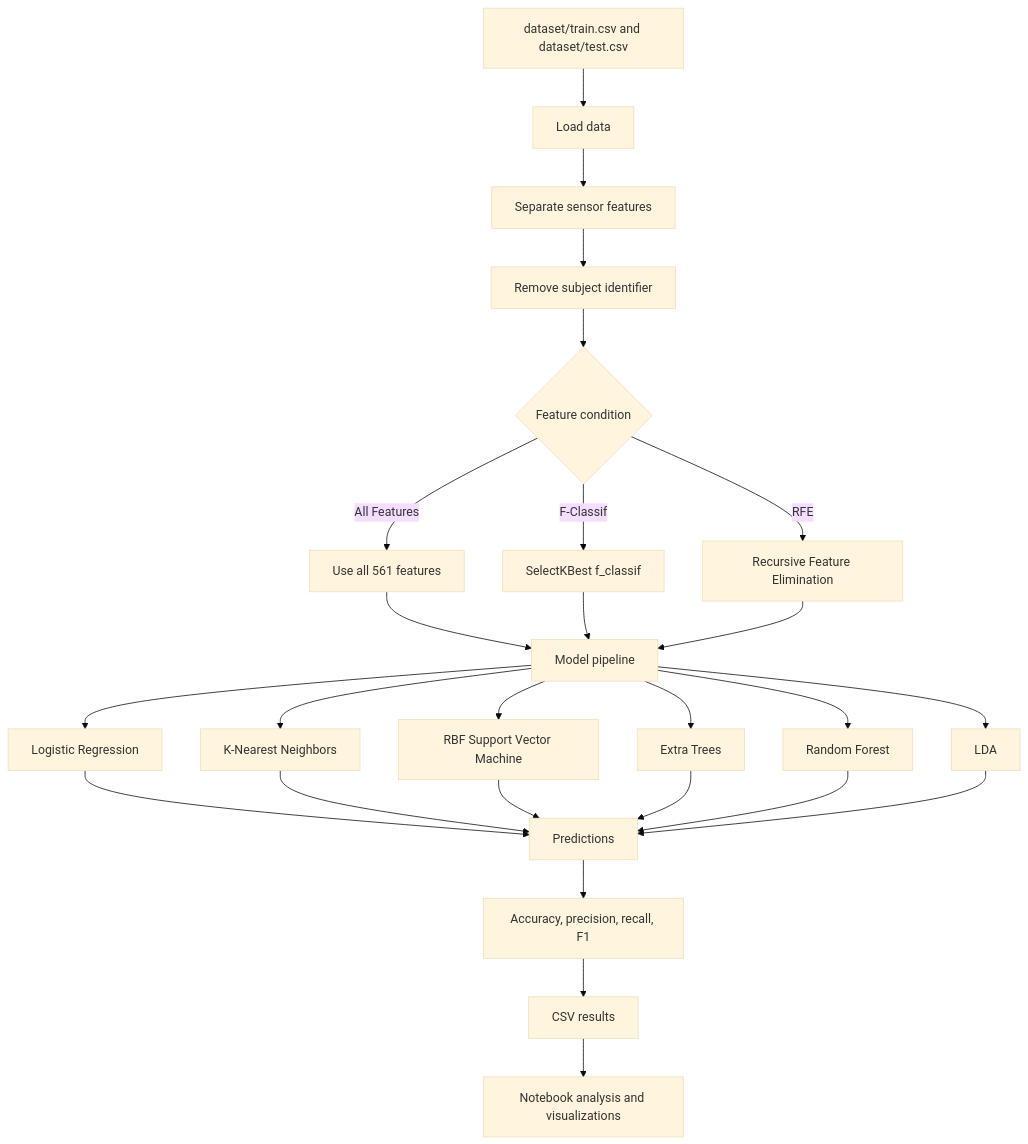
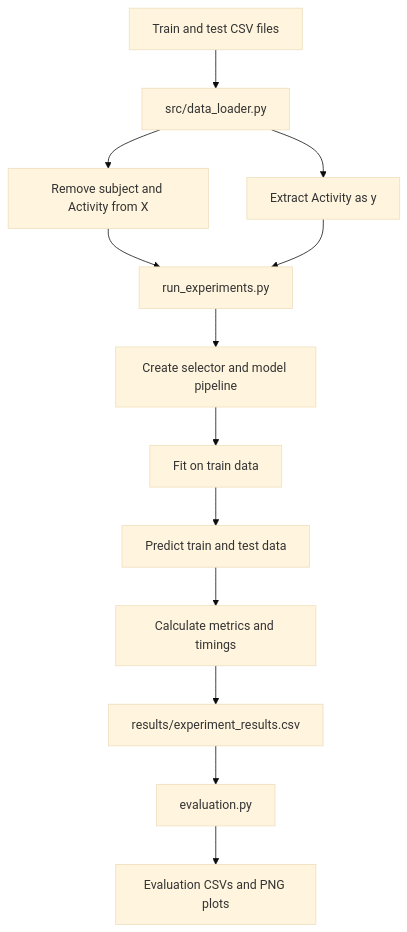
The diagram in README.md (Ajay-Rajput-Indnord/Capstone1_Human_Activity_Recognition), drawn with Mermaid (base theme) before and after one commit. The commit also changed other lines of this file and 5 other files, not shown here.

````diff
--- a/README.md
+++ b/README.md
@@ -22,33 +20,15 @@
 ```mermaid
 flowchart TD
-    A[dataset/train.csv and dataset/test.csv] --> B[Load data]
-    B --> C[Separate sensor features]
-    C --> D[Remove subject identifier]
-    D --> E{Feature condition}
-
-    E -->|All Features| F[Use all 561 features]
-    E -->|F-Classif| G[SelectKBest f_classif]
-    E -->|RFE| H[Recursive Feature Elimination]
-
-    F --> I[Model pipeline]
-    G --> I
-    H --> I
-
-    I --> J[Logistic Regression]
-    I --> K[K-Nearest Neighbors]
-    I --> L[RBF Support Vector Machine]
-    I --> M[Extra Trees]
-    I --> N[Random Forest]
-    I --> O[LDA]
-
-    J --> P[Predictions]
-    K --> P
-    L --> P
-    M --> P
-    N --> P
-    O --> P
-
-    P --> Q[Accuracy, precision, recall, F1]
-    Q --> R[CSV results]
-    R --> S[Notebook analysis and visualizations]
+    A[Train and test CSV files] --> B[src/data_loader.py]
+    B --> C[Remove subject and Activity from X]
+    B --> D[Extract Activity as y]
+    C --> E[run_experiments.py]
+    D --> E
+    E --> F[Create selector and model pipeline]
+    F --> G[Fit on train data]
+    G --> H[Predict train and test data]
+    H --> I[Calculate metrics and timings]
+    I --> J[results/experiment_results.csv]
+    J --> K[evaluation.py]
+    K --> L[Evaluation CSVs and PNG plots]
 ```
````
